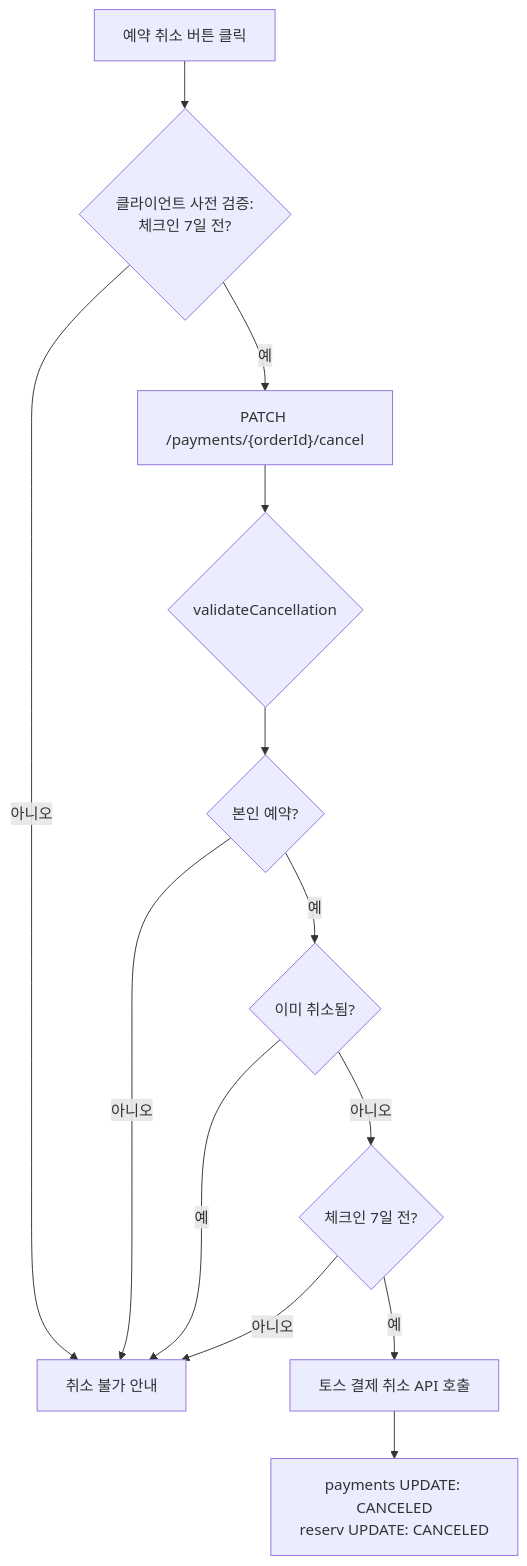
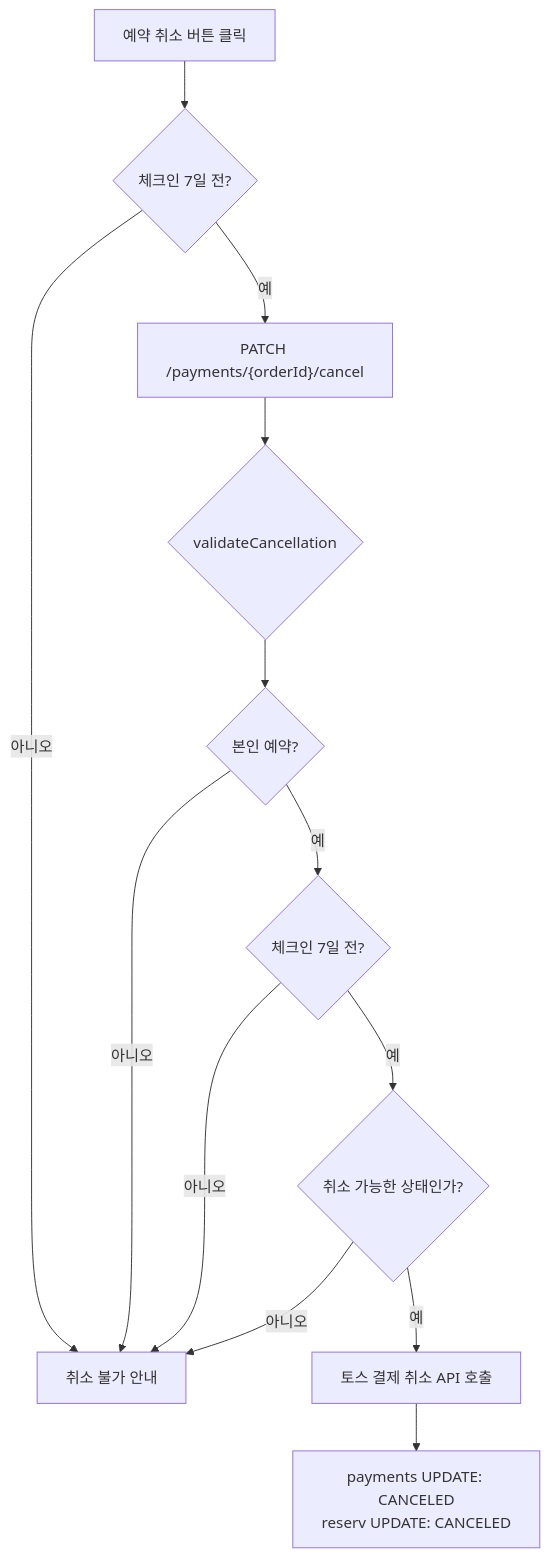
Before and after one commit to Lee-jinri/petcation: the second of 3 diagrams in README.md, drawn with Mermaid. The commit also changed other lines of this file, not shown here.

````diff
--- a/README.md
+++ b/README.md
@@ -124,15 +127,15 @@
 ```mermaid
 flowchart TD
-    A[예약 취소 버튼 클릭] --> B{클라이언트 사전 검증: <br/>체크인 7일 전?}
+    A[예약 취소 버튼 클릭] --> B{체크인 7일 전?}
     B -->|아니오| X[취소 불가 안내]
     B -->|예| C["PATCH /payments/{orderId}/cancel"]
     C --> D{validateCancellation}
     D --> E{본인 예약?}
     E -->|아니오| X
-    E -->|예| F{이미 취소됨?}
-    F -->|예| X
-    F -->|아니오| G{체크인 7일 전?}
+    E -->|예| F{체크인 7일 전?}
+    F -->|아니오| X
+    F -->|예| G{취소 가능한 상태인가?}
     G -->|아니오| X
     G -->|예| H[토스 결제 취소 API 호출]
     H --> I[payments UPDATE: CANCELED<br>reserv UPDATE: CANCELED]
 ```
````
